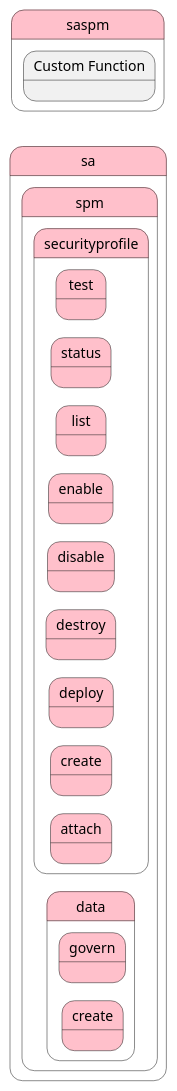
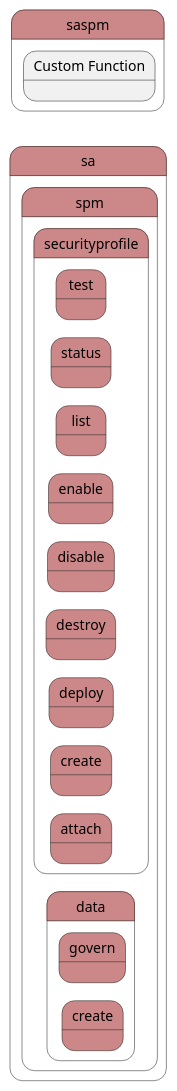
The diagram in docs/edgemere/sa/spm/process.puml (madajaju/edgemere), drawn with PlantUML before and after one commit. The commit also changed 1749 other files, not shown here.

```diff
--- a/docs/edgemere/sa/spm/process.puml
+++ b/docs/edgemere/sa/spm/process.puml
@@ -1,130 +1,130 @@
 @startuml
 left to right direction
 
 
-state "sa" as sa #pink {
-state "spm" as saspm #pink {
+state "sa" as sa #cc8888 {
+state "spm" as saspm #cc8888 {
 }
 }
 
 
-state "saspm" as pstatename #pink {
+state "saspm" as pstatename #cc8888 {
     state "Custom Function" as spmfunction {
     }
 }
 
-        state "sa" as sa #pink {
-state "spm" as saspm #pink {
-state "data" as saspmdata #pink {
-state "create" as saspmdatacreate #pink {
+        state "sa" as sa #cc8888 {
+state "spm" as saspm #cc8888 {
+state "data" as saspmdata #cc8888 {
+state "create" as saspmdatacreate #cc8888 {
 }
 }
 }
 }
 
 
-        state "sa" as sa #pink {
-state "spm" as saspm #pink {
-state "data" as saspmdata #pink {
-state "govern" as saspmdatagovern #pink {
+        state "sa" as sa #cc8888 {
+state "spm" as saspm #cc8888 {
+state "data" as saspmdata #cc8888 {
+state "govern" as saspmdatagovern #cc8888 {
 }
 }
 }
 }
 
 
-        state "sa" as sa #pink {
-state "spm" as saspm #pink {
-state "securityprofile" as saspmsecurityprofile #pink {
-state "attach" as saspmsecurityprofileattach #pink {
+        state "sa" as sa #cc8888 {
+state "spm" as saspm #cc8888 {
+state "securityprofile" as saspmsecurityprofile #cc8888 {
+state "attach" as saspmsecurityprofileattach #cc8888 {
 }
 }
 }
 }
 
 
-        state "sa" as sa #pink {
-state "spm" as saspm #pink {
-state "securityprofile" as saspmsecurityprofile #pink {
-state "create" as saspmsecurityprofilecreate #pink {
+        state "sa" as sa #cc8888 {
+state "spm" as saspm #cc8888 {
+state "securityprofile" as saspmsecurityprofile #cc8888 {
+state "create" as saspmsecurityprofilecreate #cc8888 {
 }
 }
 }
 }
 
 
-        state "sa" as sa #pink {
-state "spm" as saspm #pink {
-state "securityprofile" as saspmsecurityprofile #pink {
-state "deploy" as saspmsecurityprofiledeploy #pink {
+        state "sa" as sa #cc8888 {
+state "spm" as saspm #cc8888 {
+state "securityprofile" as saspmsecurityprofile #cc8888 {
+state "deploy" as saspmsecurityprofiledeploy #cc8888 {
 }
 }
 }
 }
 
 
-        state "sa" as sa #pink {
-state "spm" as saspm #pink {
-state "securityprofile" as saspmsecurityprofile #pink {
-state "destroy" as saspmsecurityprofiledestroy #pink {
+        state "sa" as sa #cc8888 {
+state "spm" as saspm #cc8888 {
+state "securityprofile" as saspmsecurityprofile #cc8888 {
+state "destroy" as saspmsecurityprofiledestroy #cc8888 {
 }
 }
 }
 }
 
 
-        state "sa" as sa #pink {
-state "spm" as saspm #pink {
-state "securityprofile" as saspmsecurityprofile #pink {
-state "disable" as saspmsecurityprofiledisable #pink {
+        state "sa" as sa #cc8888 {
+state "spm" as saspm #cc8888 {
+state "securityprofile" as saspmsecurityprofile #cc8888 {
+state "disable" as saspmsecurityprofiledisable #cc8888 {
 }
 }
 }
 }
 
 
-        state "sa" as sa #pink {
-state "spm" as saspm #pink {
-state "securityprofile" as saspmsecurityprofile #pink {
-state "enable" as saspmsecurityprofileenable #pink {
+        state "sa" as sa #cc8888 {
+state "spm" as saspm #cc8888 {
+state "securityprofile" as saspmsecurityprofile #cc8888 {
+state "enable" as saspmsecurityprofileenable #cc8888 {
 }
 }
 }
 }
 
 
-        state "sa" as sa #pink {
-state "spm" as saspm #pink {
-state "securityprofile" as saspmsecurityprofile #pink {
-state "list" as saspmsecurityprofilelist #pink {
+        state "sa" as sa #cc8888 {
+state "spm" as saspm #cc8888 {
+state "securityprofile" as saspmsecurityprofile #cc8888 {
+state "list" as saspmsecurityprofilelist #cc8888 {
 }
 }
 }
 }
 
 
-        state "sa" as sa #pink {
-state "spm" as saspm #pink {
-state "securityprofile" as saspmsecurityprofile #pink {
-state "status" as saspmsecurityprofilestatus #pink {
+        state "sa" as sa #cc8888 {
+state "spm" as saspm #cc8888 {
+state "securityprofile" as saspmsecurityprofile #cc8888 {
+state "status" as saspmsecurityprofilestatus #cc8888 {
 }
 }
 }
 }
 
 
-        state "sa" as sa #pink {
-state "spm" as saspm #pink {
-state "securityprofile" as saspmsecurityprofile #pink {
-state "test" as saspmsecurityprofiletest #pink {
+        state "sa" as sa #cc8888 {
+state "spm" as saspm #cc8888 {
+state "securityprofile" as saspmsecurityprofile #cc8888 {
+state "test" as saspmsecurityprofiletest #cc8888 {
 }
 }
 }
 }
 
 
 
 
 
 
 @enduml
```
